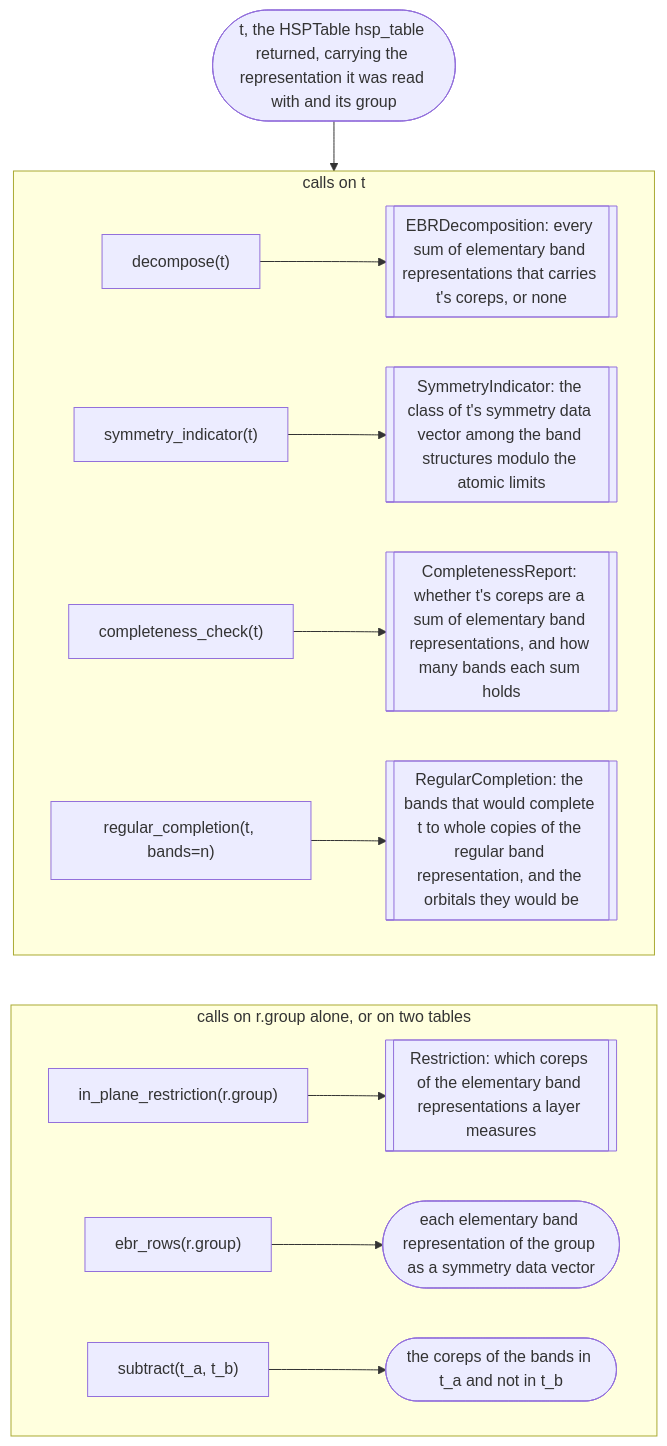
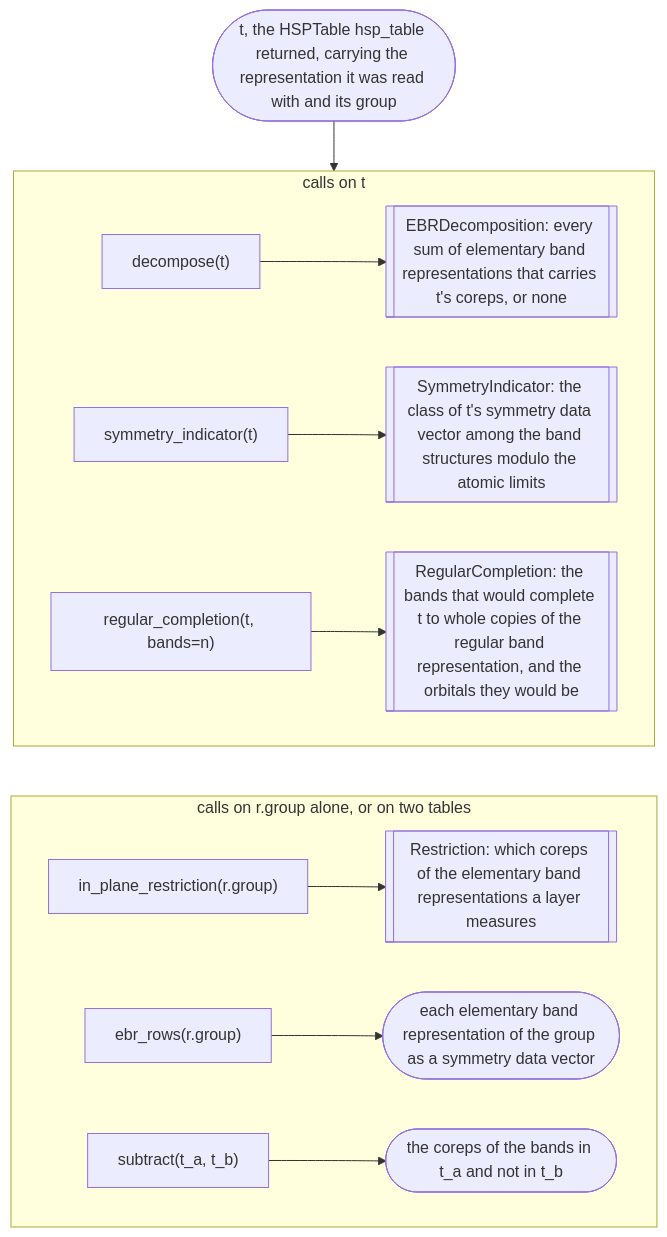
The seventh of 8 diagrams in docs/background/modules.md (bbradlyn/pythtqc), drawn with Mermaid before and after one commit. The commit also changed other lines of this file and 60 other files, not shown here.

````diff
--- a/docs/background/modules.md
+++ b/docs/background/modules.md
@@ -225,22 +225,21 @@
 ```mermaid
 flowchart TD
     e_t(["t, the HSPTable hsp_table returned, carrying the representation it was read with and its group"])
 
     e_t --> e_calls
     e_calls ~~~ e_other
 
     subgraph e_calls ["calls on t"]
         direction LR
         e_dec["decompose(t)"] --> e_D[["EBRDecomposition: every sum of elementary band representations that carries t's coreps, or none"]]
         e_si["symmetry_indicator(t)"] --> e_SI[["SymmetryIndicator: the class of t's symmetry data vector among the band structures modulo the atomic limits"]]
-        e_cc["completeness_check(t)"] --> e_CR[["CompletenessReport: whether t's coreps are a sum of elementary band representations, and how many bands each sum holds"]]
         e_rc["regular_completion(t, bands=n)"] --> e_RC[["RegularCompletion: the bands that would complete t to whole copies of the regular band representation, and the orbitals they would be"]]
     end
 
     subgraph e_other ["calls on r.group alone, or on two tables"]
         direction LR
         e_ipr["in_plane_restriction(r.group)"] --> e_R[["Restriction: which coreps of the elementary band representations a layer measures"]]
         e_rows["ebr_rows(r.group)"] --> e_rows_out(["each elementary band representation of the group as a symmetry data vector"])
         e_sub["subtract(t_a, t_b)"] --> e_sub_out(["the coreps of the bands in t_a and not in t_b"])
     end
 ```
````
